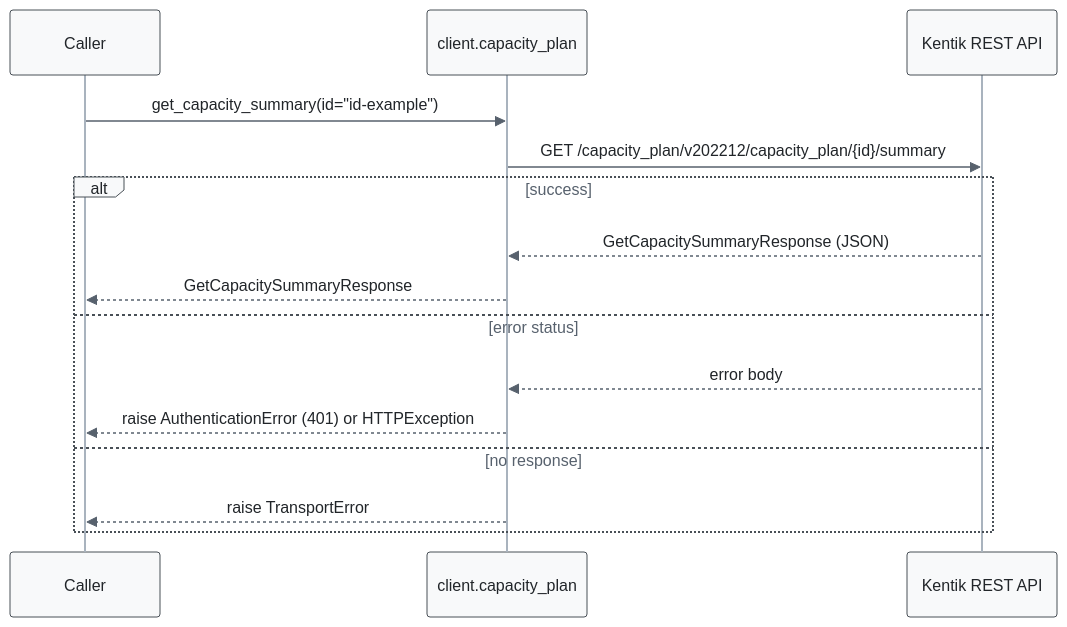
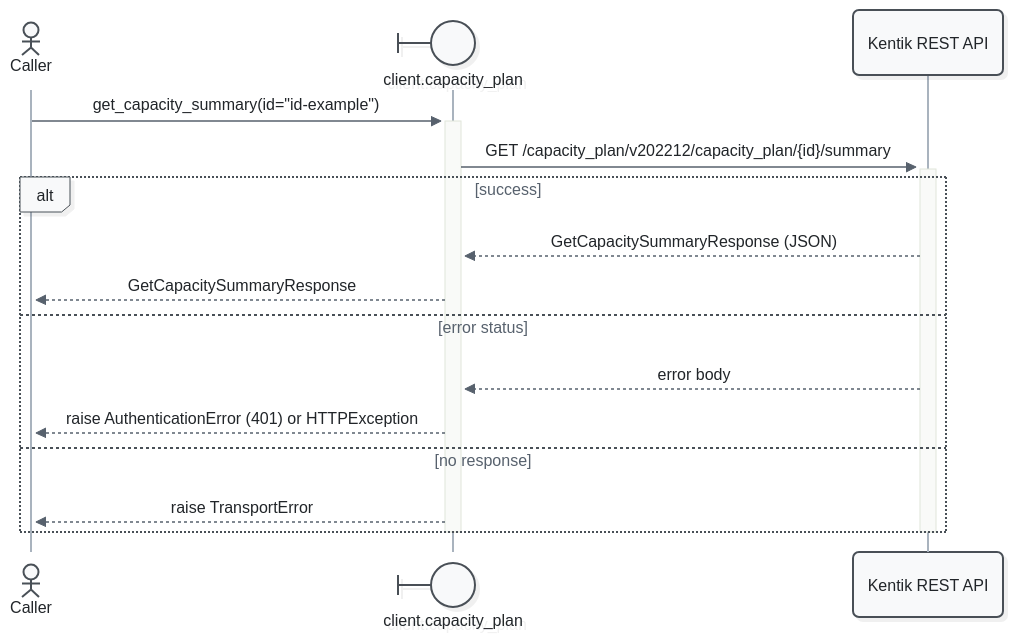
One commit to alexdearaujo/community_sdk_python changed the seventh of 9 diagrams in docs/sphinx/services/capacity_plan.md. Above: the diagram before and after it, drawn with Mermaid. The commit also changed other lines of this file and 52 other files, not shown here.

First line of the commit message:
docs: Mermaid 12 sequence diagrams with participant types and path colors

````diff
--- a/docs/sphinx/services/capacity_plan.md
+++ b/docs/sphinx/services/capacity_plan.md
@@ -251,19 +266,21 @@
 ```mermaid
-%%{init: {"theme": "base", "fontFamily": "ui-monospace, SFMono-Regular, Menlo, monospace", "themeVariables": {"fontFamily": "ui-monospace, SFMono-Regular, Menlo, monospace", "primaryColor": "#f8f9fa", "primaryBorderColor": "#495057", "primaryTextColor": "#212529", "textColor": "#212529", "lineColor": "#77818c", "edgeLabelBackground": "#ffffff", "actorBkg": "#f8f9fa", "actorBorder": "#495057", "actorTextColor": "#212529", "actorLineColor": "#a9b3be", "signalColor": "#57616d", "signalTextColor": "#212529", "labelBoxBkgColor": "#f8f9fa", "labelBoxBorderColor": "#495057", "labelTextColor": "#212529", "loopTextColor": "#57616d", "noteBkgColor": "#fff9db", "noteBorderColor": "#f08c00", "noteTextColor": "#a35a00"}, "flowchart": {"curve": "step", "nodeSpacing": 30, "rankSpacing": 70, "wrappingWidth": 400}}}%%
+%%{init: {"theme": "redux", "look": "neo", "layout": "dagre", "fontFamily": "ui-monospace, SFMono-Regular, Menlo, monospace", "themeVariables": {"fontFamily": "ui-monospace, SFMono-Regular, Menlo, monospace", "primaryColor": "#f8f9fa", "primaryBorderColor": "#495057", "primaryTextColor": "#212529", "textColor": "#212529", "lineColor": "#77818c", "edgeLabelBackground": "#ffffff", "actorBkg": "#f8f9fa", "actorBorder": "#495057", "actorTextColor": "#212529", "actorLineColor": "#a9b3be", "signalColor": "#57616d", "signalTextColor": "#212529", "labelBoxBkgColor": "#f8f9fa", "labelBoxBorderColor": "#495057", "labelTextColor": "#212529", "loopTextColor": "#57616d", "noteBkgColor": "#fff9db", "noteBorderColor": "#f08c00", "noteTextColor": "#a35a00"}, "sequence": {"activationWidth": 16}, "flowchart": {"curve": "step", "nodeSpacing": 30, "rankSpacing": 70, "wrappingWidth": 400}}}%%
 sequenceDiagram
-    participant C as Caller
-    participant W as client.capacity_plan
+    actor C as Caller
+    participant W@{ "type": "boundary" } as client.capacity_plan
     participant API as Kentik REST API
 
-    C->>W: get_capacity_summary(id="id-example")
-    W->>API: GET /capacity_plan/v202212/capacity_plan/{id}/summary
+    C->>+W: get_capacity_summary(id="id-example")
+    W->>+API: GET /capacity_plan/v202212/capacity_plan/{id}/summary
     alt success
         API-->>W: GetCapacitySummaryResponse (JSON)
         W-->>C: GetCapacitySummaryResponse
     else error status
         API-->>W: error body
         W-->>C: raise AuthenticationError (401) or HTTPException
     else no response
         W-->>C: raise TransportError
     end
+    deactivate API
+    deactivate W
 ```
````
